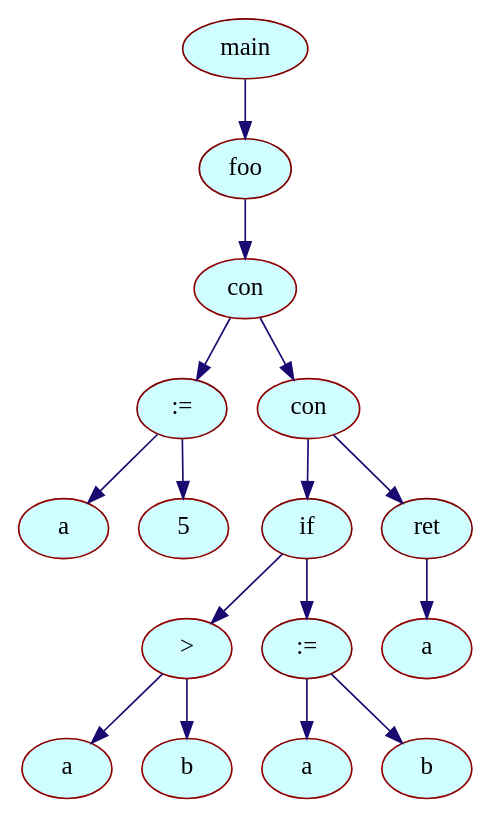
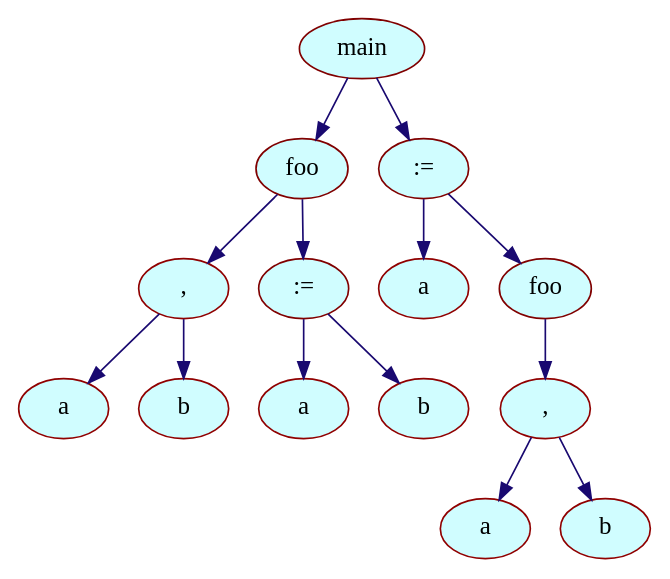
One commit to Agustangel/Language changed the diagram in graphdump.dot. Above: the diagram before and after it, drawn with Graphviz. The commit also changed 6 other files, not shown here.

```diff
--- a/graphdump.dot
+++ b/graphdump.dot
@@ -1,51 +1,45 @@
 digraph {
 	node[shape = "cube", color = "#800000", fontsize = 15, style = "filled", fillcolor = "#88CEFA"];
 	edge[color = "#190970", fontsize = 11];
 
-		"main_0x564b59ea5010"[shape = "ellipse", label = "main", color="#800000",                                style="filled", fillcolor = "#D0FDFF"];
-		"main_0x564b59ea5010"->"foo_0x564b59ea4f90";
+		"main_0x561a11250d30"[shape = "ellipse", label = "main", color="#800000",                                style="filled", fillcolor = "#D0FDFF"];
+		"main_0x561a11250d30"->"foo_0x561a11250cb0";
 
-		"foo_0x564b59ea4f90"[shape = "ellipse", label = "foo", color="#800000",                                style="filled", fillcolor = "#D0FDFF"];
-		"foo_0x564b59ea4f90"->"con_0x564b59ea4bd0";
+		"foo_0x561a11250cb0"[shape = "ellipse", label = "foo", color="#800000",                                style="filled", fillcolor = "#D0FDFF"];
+		"foo_0x561a11250cb0"->",_0x561a11250b10";
 
-		"con_0x564b59ea4bd0"[shape = "ellipse", label = "con", color="#900000",                                style="filled", fillcolor = "#D0FDFF"];
-		"con_0x564b59ea4bd0"->":=_0x564b59ea4b50";
+		",_0x561a11250b10"[shape = "ellipse", label = ",", color="#900000",                                style="filled", fillcolor = "#D0FDFF"];
+		",_0x561a11250b10"->"a_0x561a11250a90";
 
-		":=_0x564b59ea4b50"[shape = "ellipse", label = ":=", color="#800000",                                style="filled", fillcolor = "#D0FDFF"];
-		":=_0x564b59ea4b50"->"a_0x564b59ea4b10";
+		"a_0x561a11250a90"[shape = "ellipse", label = "a", color="#900000", style="filled",                            fillcolor = "#D0FDFF"];
+		",_0x561a11250b10"->"b_0x561a11250b50";
 
-		"a_0x564b59ea4b10"[shape = "ellipse", label = "a", color="#900000", style="filled",                            fillcolor = "#D0FDFF"];
-		":=_0x564b59ea4b50"->"5_0x564b59ea4ad0";
+		"b_0x561a11250b50"[shape = "ellipse", label = "b", color="#900000", style="filled",                            fillcolor = "#D0FDFF"];
+		"foo_0x561a11250cb0"->":=_0x561a11250c70";
 
-		"5_0x564b59ea4ad0"[shape = "ellipse", label = "5", color="#900000", style="filled",                            fillcolor = "#D0FDFF"];
-		"con_0x564b59ea4bd0"->"con_0x564b59ea4e50";
+		":=_0x561a11250c70"[shape = "ellipse", label = ":=", color="#800000",                                style="filled", fillcolor = "#D0FDFF"];
+		":=_0x561a11250c70"->"a_0x561a11250c30";
 
-		"con_0x564b59ea4e50"[shape = "ellipse", label = "con", color="#900000",                                style="filled", fillcolor = "#D0FDFF"];
-		"con_0x564b59ea4e50"->"if_0x564b59ea4dd0";
+		"a_0x561a11250c30"[shape = "ellipse", label = "a", color="#900000", style="filled",                            fillcolor = "#D0FDFF"];
+		":=_0x561a11250c70"->"b_0x561a11250bf0";
 
-		"if_0x564b59ea4dd0"[shape = "ellipse", label = "if", color="#800000",                                style="filled", fillcolor = "#D0FDFF"];
-		"if_0x564b59ea4dd0"->">_0x564b59ea4c90";
+		"b_0x561a11250bf0"[shape = "ellipse", label = "b", color="#900000", style="filled",                            fillcolor = "#D0FDFF"];
+		"main_0x561a11250d30"->":=_0x561a11250f90";
 
-		">_0x564b59ea4c90"[shape = "ellipse", label = ">", color="#900000",                                style="filled", fillcolor = "#D0FDFF"];
-		">_0x564b59ea4c90"->"a_0x564b59ea4c10";
+		":=_0x561a11250f90"[shape = "ellipse", label = ":=", color="#800000",                                style="filled", fillcolor = "#D0FDFF"];
+		":=_0x561a11250f90"->"a_0x561a11250f50";
 
-		"a_0x564b59ea4c10"[shape = "ellipse", label = "a", color="#900000", style="filled",                            fillcolor = "#D0FDFF"];
-		">_0x564b59ea4c90"->"b_0x564b59ea4c50";
+		"a_0x561a11250f50"[shape = "ellipse", label = "a", color="#900000", style="filled",                            fillcolor = "#D0FDFF"];
+		":=_0x561a11250f90"->"foo_0x561a11250f10";
 
-		"b_0x564b59ea4c50"[shape = "ellipse", label = "b", color="#900000", style="filled",                            fillcolor = "#D0FDFF"];
-		"if_0x564b59ea4dd0"->":=_0x564b59ea4d90";
+		"foo_0x561a11250f10"[shape = "ellipse", label = "foo", color="#800000",                                style="filled", fillcolor = "#D0FDFF"];
+		"foo_0x561a11250f10"->",_0x561a11250e50";
 
-		":=_0x564b59ea4d90"[shape = "ellipse", label = ":=", color="#800000",                                style="filled", fillcolor = "#D0FDFF"];
-		":=_0x564b59ea4d90"->"a_0x564b59ea4d50";
+		",_0x561a11250e50"[shape = "ellipse", label = ",", color="#900000",                                style="filled", fillcolor = "#D0FDFF"];
+		",_0x561a11250e50"->"a_0x561a11250dd0";
 
-		"a_0x564b59ea4d50"[shape = "ellipse", label = "a", color="#900000", style="filled",                            fillcolor = "#D0FDFF"];
-		":=_0x564b59ea4d90"->"b_0x564b59ea4d10";
+		"a_0x561a11250dd0"[shape = "ellipse", label = "a", color="#900000", style="filled",                            fillcolor = "#D0FDFF"];
+		",_0x561a11250e50"->"b_0x561a11250e90";
 
-		"b_0x564b59ea4d10"[shape = "ellipse", label = "b", color="#900000", style="filled",                            fillcolor = "#D0FDFF"];
-		"con_0x564b59ea4e50"->		"ret_0x564b59ea4f10";
-
-		"ret_0x564b59ea4f10"[shape = "ellipse", label = "ret", color="#800000",                                style="filled", fillcolor = "#D0FDFF"];
-		"ret_0x564b59ea4f10"->"a_0x564b59ea4e90";
-
-		"a_0x564b59ea4e90"[shape = "ellipse", label = "a", color="#900000", style="filled",                            fillcolor = "#D0FDFF"];
+		"b_0x561a11250e90"[shape = "ellipse", label = "b", color="#900000", style="filled",                            fillcolor = "#D0FDFF"];
 }
```
